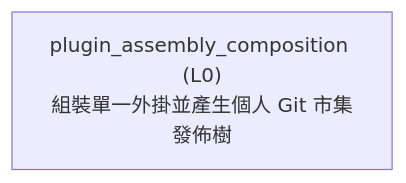
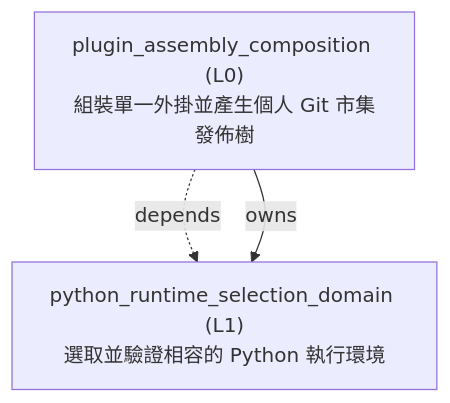
One commit to ShinWeiPeng/skills changed the first of 2 diagrams in architecture/generated/plugin_assembly_composition.md. Above: the diagram before and after it, drawn with Mermaid. The commit also changed other lines of this file and 39 other files, not shown here.

Commit message:
fix Windows plugin runtime and ACL recovery

````diff
--- a/architecture/generated/plugin_assembly_composition.md
+++ b/architecture/generated/plugin_assembly_composition.md
@@ -7,4 +7,7 @@
 ```mermaid
 flowchart TD
     n_plugin_assembly_composition["plugin_assembly_composition (L0)<br/>組裝單一外掛並產生個人 Git 市集發佈樹"]
+    n_python_runtime_selection_domain["python_runtime_selection_domain (L1)<br/>選取並驗證相容的 Python 執行環境"]
+    n_plugin_assembly_composition -.->|depends| n_python_runtime_selection_domain
+    n_plugin_assembly_composition -->|owns| n_python_runtime_selection_domain
 ```
````
